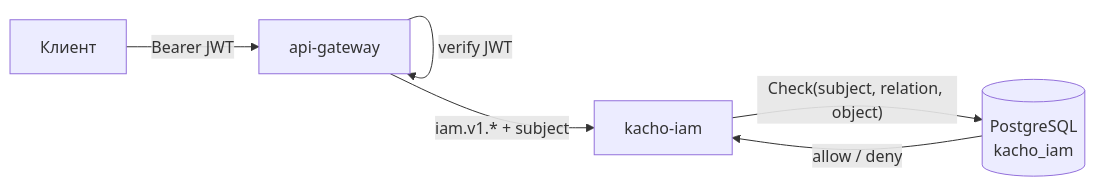
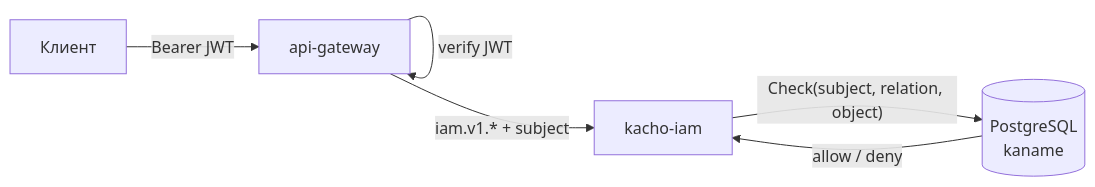
Before and after one commit to PRO-Robotech/kacho: the diagram in services/iam/docs/content/api/overview.mdx, drawn with Mermaid. The commit also changed other lines of this file and 700 other files, not shown here.

First line of the commit message:
refactor(iam): схема Postgres названа именем своего продукта

````diff
--- a/services/iam/docs/content/api/overview.mdx
+++ b/services/iam/docs/content/api/overview.mdx
@@ -172,8 +172,8 @@
 ```mermaid
 flowchart LR
   cli["Клиент"] -->|"Bearer JWT"| agw["api-gateway"]
   agw -->|"verify JWT"| agw
   agw -->|"iam.v1.* + subject"| iam["kacho-iam"]
-  iam -->|"Check(subject, relation, object)"| pg[("PostgreSQL<br/>kacho_iam")]
+  iam -->|"Check(subject, relation, object)"| pg[("PostgreSQL<br/>kaname")]
   pg -->|"allow / deny"| iam
 ```
````
